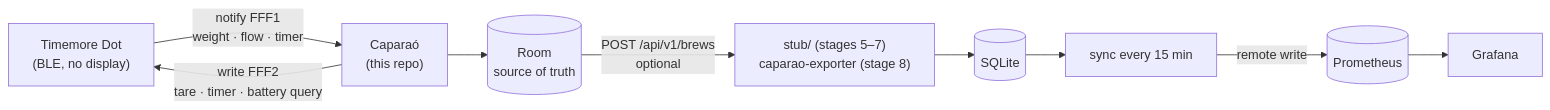
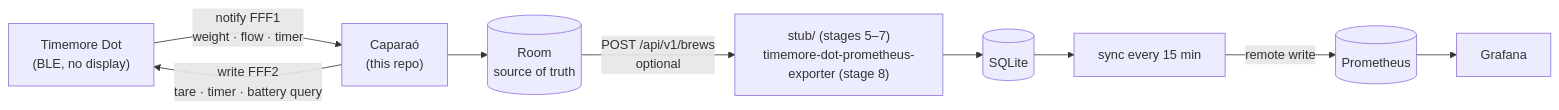
Before and after one commit to MateuxLucax/caparao: the diagram in docs/architecture.md, drawn with Mermaid. The commit also changed 10 other files, not shown here.

````diff
--- a/docs/architecture.md
+++ b/docs/architecture.md
@@ -5,9 +5,9 @@
 ```mermaid
 flowchart LR
     dot["Timemore Dot<br/>(BLE, no display)"] -->|"notify FFF1<br/>weight · flow · timer"| app["Caparaó<br/>(this repo)"]
     app -->|"write FFF2<br/>tare · timer · battery query"| dot
     app --> room[("Room<br/>source of truth")]
-    room -->|"POST /api/v1/brews<br/>optional"| srv["stub/ (stages 5–7)<br/>caparao-exporter (stage 8)"]
+    room -->|"POST /api/v1/brews<br/>optional"| srv["stub/ (stages 5–7)<br/>timemore-dot-prometheus-exporter (stage 8)"]
     srv --> db[("SQLite")]
     db --> push["sync every 15 min"] -->|remote write| prom[("Prometheus")] --> graf["Grafana"]
 ```
````
